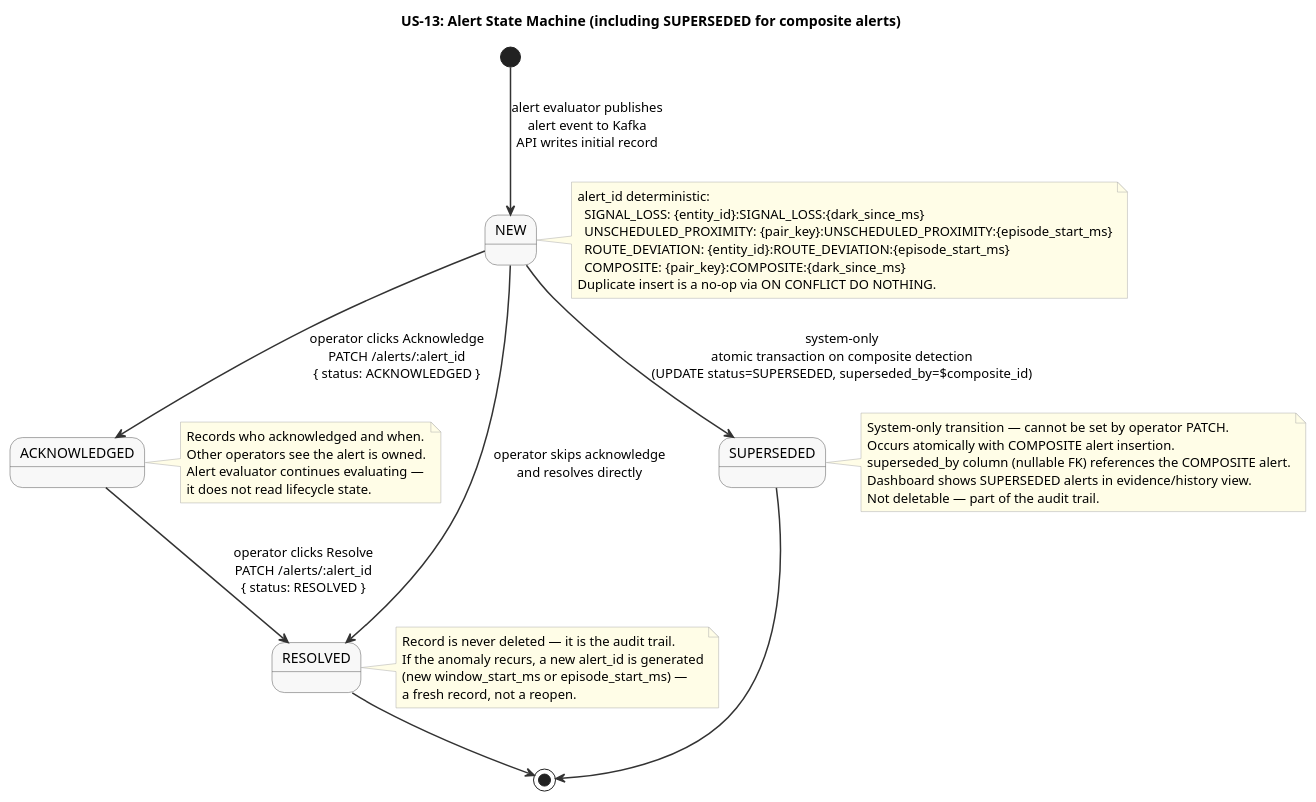
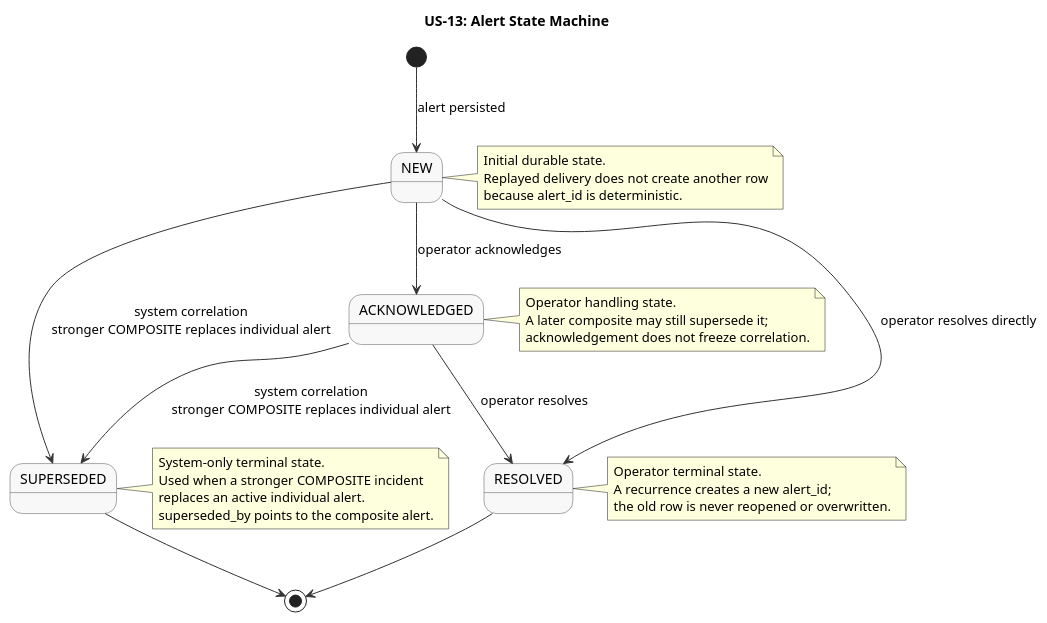
One commit to Buffden/sentinel changed the diagram in docs/use-cases/US-13-alert-lifecycle/state-transitions.puml. Above: the diagram before and after it, drawn with PlantUML.

Commit message:
docs: correct alert supersession state transitions

```diff
--- a/docs/use-cases/US-13-alert-lifecycle/state-transitions.puml
+++ b/docs/use-cases/US-13-alert-lifecycle/state-transitions.puml
@@ -1,58 +1,45 @@
 @startuml state-transitions
-title US-13: Alert State Machine (including SUPERSEDED for composite alerts)
+title US-13: Alert State Machine
 
-skinparam sequenceArrowThickness 1.5
-skinparam participantBorderColor #555555
-skinparam participantBackgroundColor #F8F8F8
-skinparam noteBorderColor #AAAAAA
-skinparam noteBackgroundColor #FFFDE7
 skinparam stateBorderColor #555555
 skinparam stateBackgroundColor #F8F8F8
 skinparam stateArrowColor #333333
 
-[*] --> NEW : alert evaluator publishes\nalert event to Kafka\nAPI writes initial record
+[*] --> NEW : alert persisted
 
-NEW --> ACKNOWLEDGED : operator clicks Acknowledge\nPATCH /alerts/:alert_id\n{ status: ACKNOWLEDGED }
+NEW --> ACKNOWLEDGED : operator acknowledges
+ACKNOWLEDGED --> RESOLVED : operator resolves
+NEW --> RESOLVED : operator resolves directly
 
-ACKNOWLEDGED --> RESOLVED : operator clicks Resolve\nPATCH /alerts/:alert_id\n{ status: RESOLVED }
+NEW --> SUPERSEDED : system correlation\nstronger COMPOSITE replaces individual alert
+ACKNOWLEDGED --> SUPERSEDED : system correlation\nstronger COMPOSITE replaces individual alert
 
-NEW --> RESOLVED : operator skips acknowledge\nand resolves directly
-
-NEW --> SUPERSEDED : system-only\natomic transaction on composite detection\n(UPDATE status=SUPERSEDED, superseded_by=$composite_id)
-
+RESOLVED --> [*]
 SUPERSEDED --> [*]
 
-RESOLVED --> [*]
-
 note right of NEW
-  alert_id deterministic:
-    SIGNAL_LOSS: {entity_id}:SIGNAL_LOSS:{dark_since_ms}
-    UNSCHEDULED_PROXIMITY: {pair_key}:UNSCHEDULED_PROXIMITY:{episode_start_ms}
-    ROUTE_DEVIATION: {entity_id}:ROUTE_DEVIATION:{episode_start_ms}
-    COMPOSITE: {pair_key}:COMPOSITE:{dark_since_ms}
-  Duplicate insert is a no-op via ON CONFLICT DO NOTHING.
+  Initial durable state.
+  Replayed delivery does not create another row
+  because alert_id is deterministic.
 end note
 
 note right of ACKNOWLEDGED
-  Records who acknowledged and when.
-  Other operators see the alert is owned.
-  Alert evaluator continues evaluating —
-  it does not read lifecycle state.
+  Operator handling state.
+  A later composite may still supersede it;
+  acknowledgement does not freeze correlation.
 end note
 
 note right of SUPERSEDED
-  System-only transition — cannot be set by operator PATCH.
-  Occurs atomically with COMPOSITE alert insertion.
-  superseded_by column (nullable FK) references the COMPOSITE alert.
-  Dashboard shows SUPERSEDED alerts in evidence/history view.
-  Not deletable — part of the audit trail.
+  System-only terminal state.
+  Used when a stronger COMPOSITE incident
+  replaces an active individual alert.
+  superseded_by points to the composite alert.
 end note
 
 note right of RESOLVED
-  Record is never deleted — it is the audit trail.
-  If the anomaly recurs, a new alert_id is generated
-  (new window_start_ms or episode_start_ms) —
-  a fresh record, not a reopen.
+  Operator terminal state.
+  A recurrence creates a new alert_id;
+  the old row is never reopened or overwritten.
 end note
 
 @enduml
```
